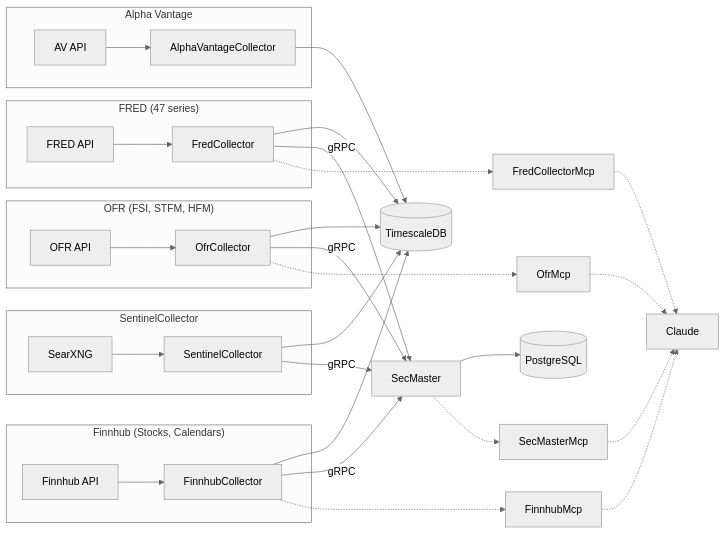
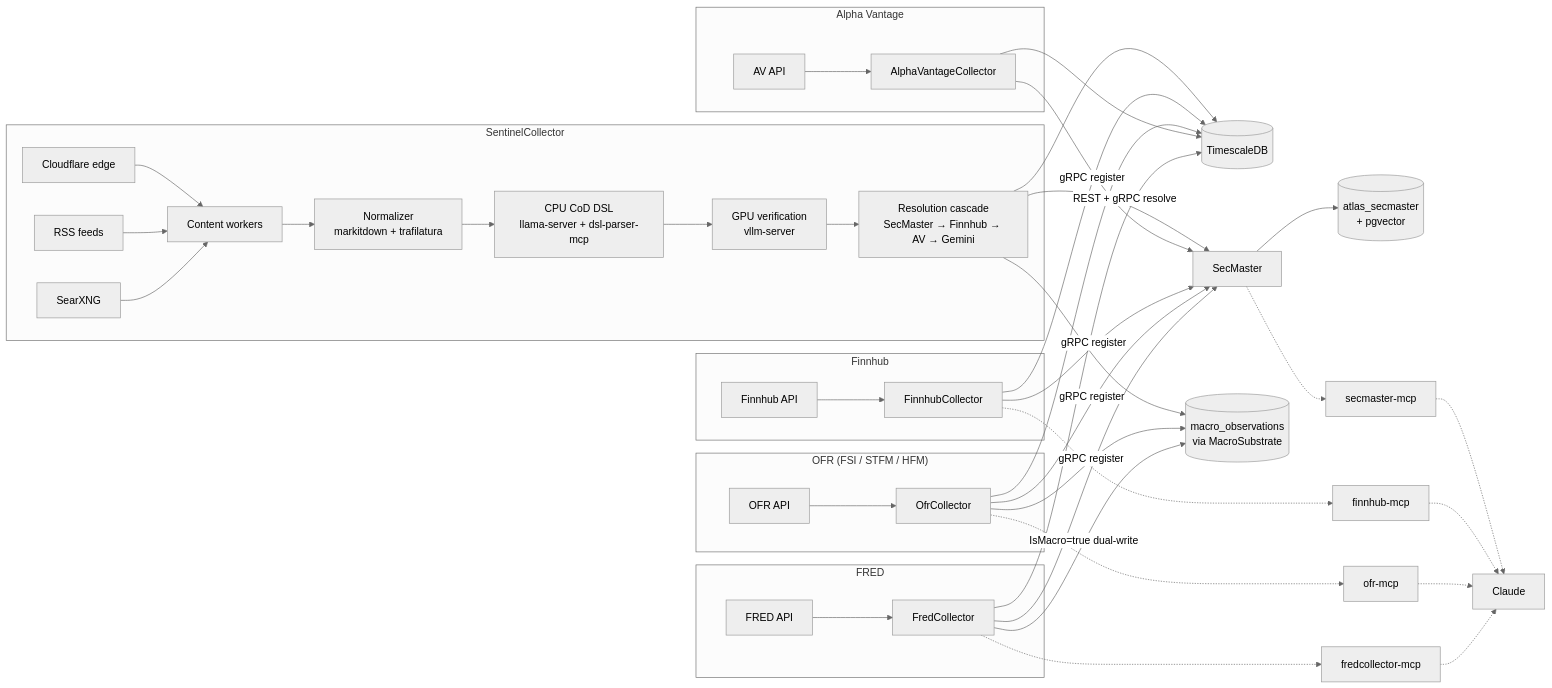
One commit to jpansarasa/ATLAS-Docs changed the third of 5 diagrams in docs/ARCHITECTURE.md. Above: the diagram before and after it, drawn with Mermaid (neutral theme). The commit also changed other lines of this file, not shown here.

Commit message:
Sync docs from ATLAS @ 9dc02c5e28c2b08417ba102a577ab338927621c3

````diff
--- a/docs/ARCHITECTURE.md
+++ b/docs/ARCHITECTURE.md
@@ -204,44 +281,56 @@
 ```mermaid
 flowchart LR
-    subgraph FRED["FRED (47 series)"]
+    subgraph FRED["FRED"]
         FA[FRED API] --> FC[FredCollector]
     end
 
     subgraph AV["Alpha Vantage"]
         AVA[AV API] --> AVC[AlphaVantageCollector]
     end
 
-    subgraph OFR["OFR (FSI, STFM, HFM)"]
+    subgraph OFR["OFR (FSI / STFM / HFM)"]
         OA[OFR API] --> OC[OfrCollector]
     end
 
-    subgraph Finnhub["Finnhub (Stocks, Calendars)"]
+    subgraph Finnhub["Finnhub"]
         FHA[Finnhub API] --> FHC[FinnhubCollector]
     end
 
     subgraph Sentinel["SentinelCollector"]
-        SX[SearXNG] --> SC[SentinelCollector]
+        SX[SearXNG]
+        RSS[RSS feeds]
+        EW[Cloudflare edge]
+        SX & RSS & EW --> SCNT[Content workers]
+        SCNT --> NZ[Normalizer<br/>markitdown + trafilatura]
+        NZ --> CODX[CPU CoD DSL<br/>llama-server + dsl-parser-mcp]
+        CODX --> VRF[GPU verification<br/>vllm-server]
+        VRF --> RES[Resolution cascade<br/>SecMaster → Finnhub → AV → Gemini]
     end
 
     FC --> DB[(TimescaleDB)]
     AVC --> DB
     OC --> DB
     FHC --> DB
-    SC --> DB
+    RES --> DB
 
-    FC -->|gRPC| SM[SecMaster]
-    OC -->|gRPC| SM
-    FHC -->|gRPC| SM
-    SC -->|gRPC| SM
-    SM --> PG[(PostgreSQL)]
+    FC -->|gRPC register| SM[SecMaster]
+    OC -->|gRPC register| SM
+    FHC -->|gRPC register| SM
+    AVC -->|gRPC register| SM
+    RES -->|REST + gRPC resolve| SM
+    SM --> PG[(atlas_secmaster<br/>+ pgvector)]
 
-    FC -.-> FM[FredCollectorMcp]
-    OC -.-> OM[OfrMcp]
-    FHC -.-> FHM[FinnhubMcp]
-    SM -.-> SMM[SecMasterMcp]
+    FC -->|IsMacro=true dual-write| MS[(macro_observations<br/>via MacroSubstrate)]
+    OC --> MS
+    RES --> MS
+
+    FC -.-> FM[fredcollector-mcp]
+    OC -.-> OM[ofr-mcp]
+    FHC -.-> FHM[finnhub-mcp]
+    SM -.-> SMM[secmaster-mcp]
 
     FM -.-> C[Claude]
     OM -.-> C
     FHM -.-> C
     SMM -.-> C
 ```
````
